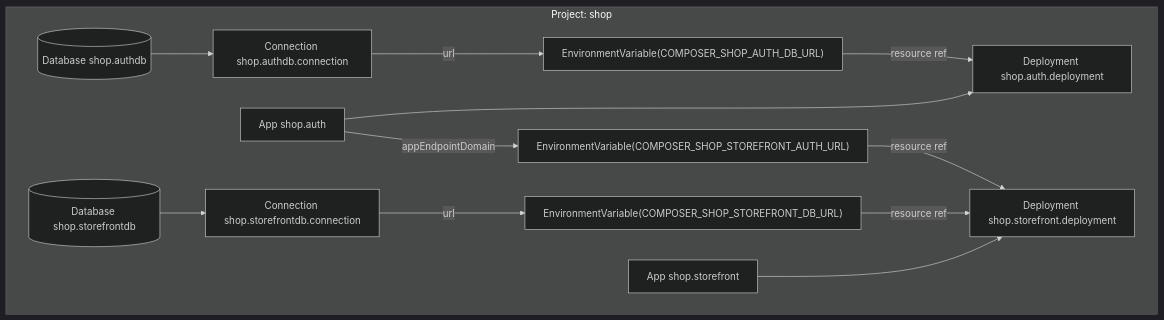
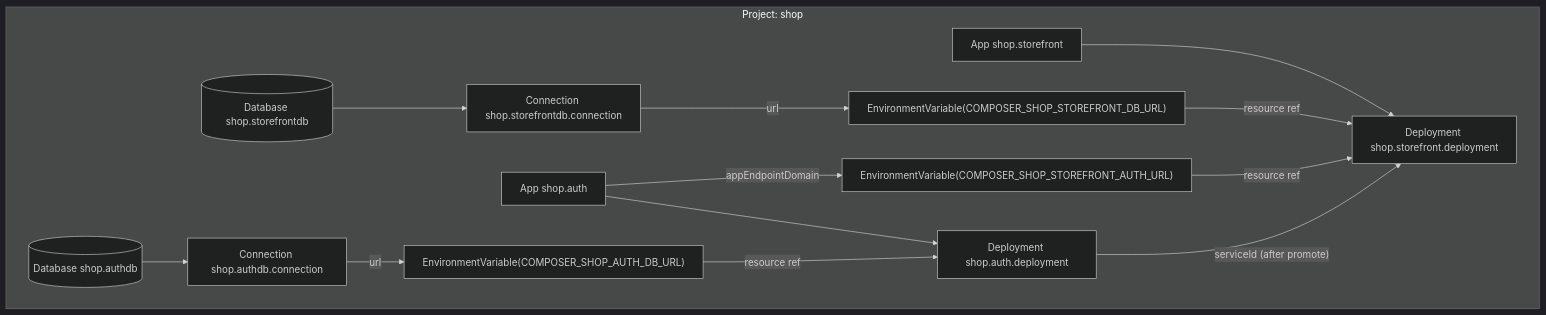
The second of 2 diagrams in docs/design/05-prisma-cloud/alchemy-lowering.md (prisma/composer), drawn with Mermaid (dark theme) before and after one commit. The commit also changed other lines of this file and 7 other files, not shown here.

First line of the commit message:
fix(prisma-cloud): a service's deployment is still created only after the services it reads are promoted

````diff
--- a/docs/design/05-prisma-cloud/alchemy-lowering.md
+++ b/docs/design/05-prisma-cloud/alchemy-lowering.md
@@ -221,13 +221,14 @@
 ```mermaid
 flowchart TB
   subgraph P [Project: shop]
     DBa[(Database shop.authdb)] --> Ca[Connection shop.authdb.connection] -- url --> EVa["EnvironmentVariable(COMPOSER_SHOP_AUTH_DB_URL)"]
     DBs[(Database shop.storefrontdb)] --> Cs[Connection shop.storefrontdb.connection] -- url --> EVs["EnvironmentVariable(COMPOSER_SHOP_STOREFRONT_DB_URL)"]
     Sa[App shop.auth] --> Da[Deployment shop.auth.deployment]
     Ss[App shop.storefront] --> Ds[Deployment shop.storefront.deployment]
     EVa -- resource ref --> Da
     EVs -- resource ref --> Ds
     Sa -- appEndpointDomain --> EVu["EnvironmentVariable(COMPOSER_SHOP_STOREFRONT_AUTH_URL)"]
     EVu -- resource ref --> Ds
+    Da -- "serviceId (after promote)" --> Ds
   end
 ```
````
